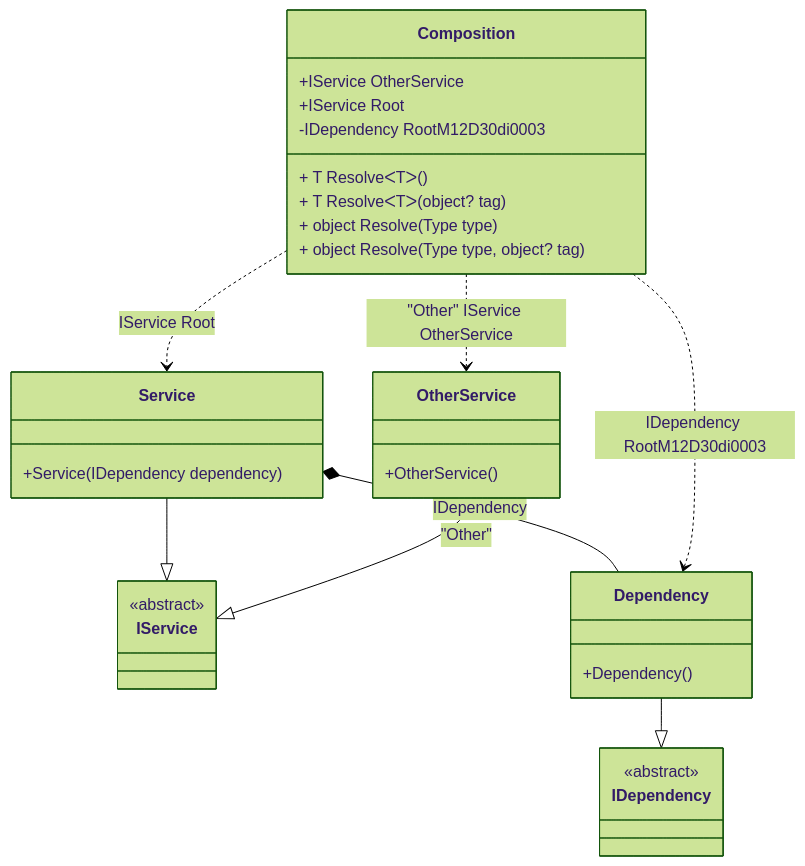
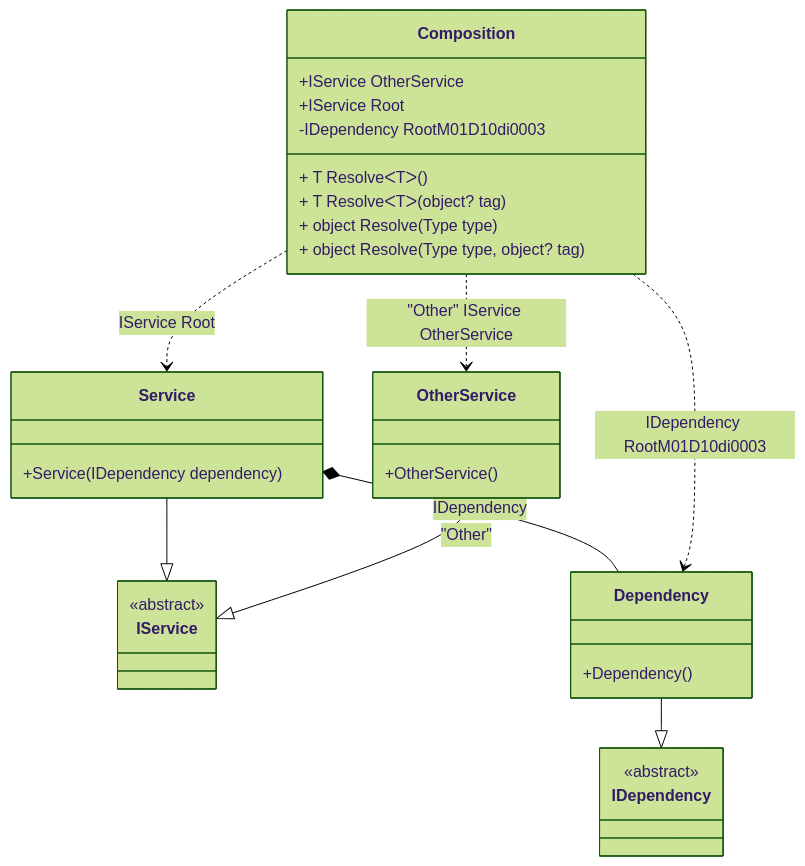
One commit to DevTeam/Pure.DI changed the diagram in readme/composition-roots.md. Above: the diagram before and after it, drawn with Mermaid (forest theme). The commit also changed other lines of this file and 73 other files, not shown here.

````diff
--- a/readme/composition-roots.md
+++ b/readme/composition-roots.md
@@ -43,34 +43,34 @@
 ```mermaid
 classDiagram
   class Composition {
     +IService OtherService
     +IService Root
-    -IDependency RootM12D30di0003
+    -IDependency RootM01D10di0003
     + T ResolveᐸTᐳ()
     + T ResolveᐸTᐳ(object? tag)
     + object Resolve(Type type)
     + object Resolve(Type type, object? tag)
   }
   Service --|> IService : 
   class Service {
     +Service(IDependency dependency)
   }
   OtherService --|> IService : "Other" 
   class OtherService {
     +OtherService()
   }
   Dependency --|> IDependency : 
   class Dependency {
     +Dependency()
   }
   class IService {
     <<abstract>>
   }
   class IDependency {
     <<abstract>>
   }
   Service *--  Dependency : IDependency
   Composition ..> Service : IService Root
   Composition ..> OtherService : "Other" IService OtherService
-  Composition ..> Dependency : IDependency RootM12D30di0003
+  Composition ..> Dependency : IDependency RootM01D10di0003
 ```
````
